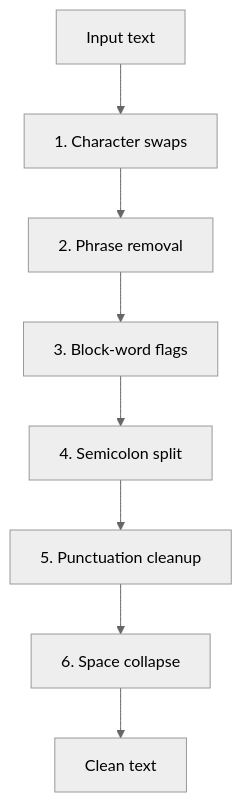
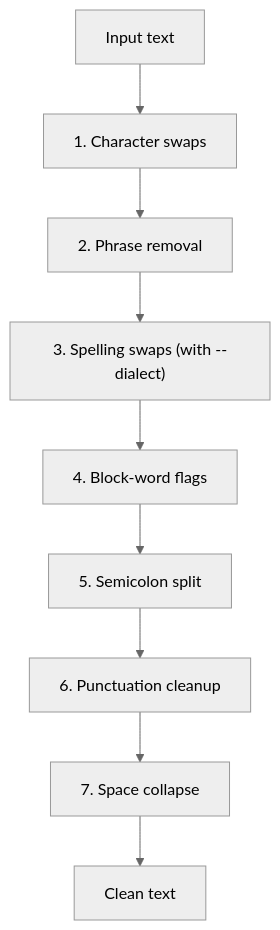
One commit to dcadolph/slop-chop changed the second of 2 diagrams in ENGINE.md. Above: the diagram before and after it, drawn with Mermaid (neutral theme). The commit also changed other lines of this file and 14 other files, not shown here.

First line of the commit message:
Add a spelling dialect toggle (#14)

````diff
--- a/ENGINE.md
+++ b/ENGINE.md
@@ -34,10 +34,11 @@
 ```mermaid
 flowchart TD
     A["Input text"] --> B["1. Character swaps"]
     B --> C["2. Phrase removal"]
-    C --> D["3. Block-word flags"]
-    D --> E["4. Semicolon split"]
-    E --> F["5. Punctuation cleanup"]
-    F --> G["6. Space collapse"]
+    C --> S["3. Spelling swaps (with --dialect)"]
+    S --> D["4. Block-word flags"]
+    D --> E["5. Semicolon split"]
+    E --> F["6. Punctuation cleanup"]
+    F --> G["7. Space collapse"]
     G --> H["Clean text"]
 ```
````
